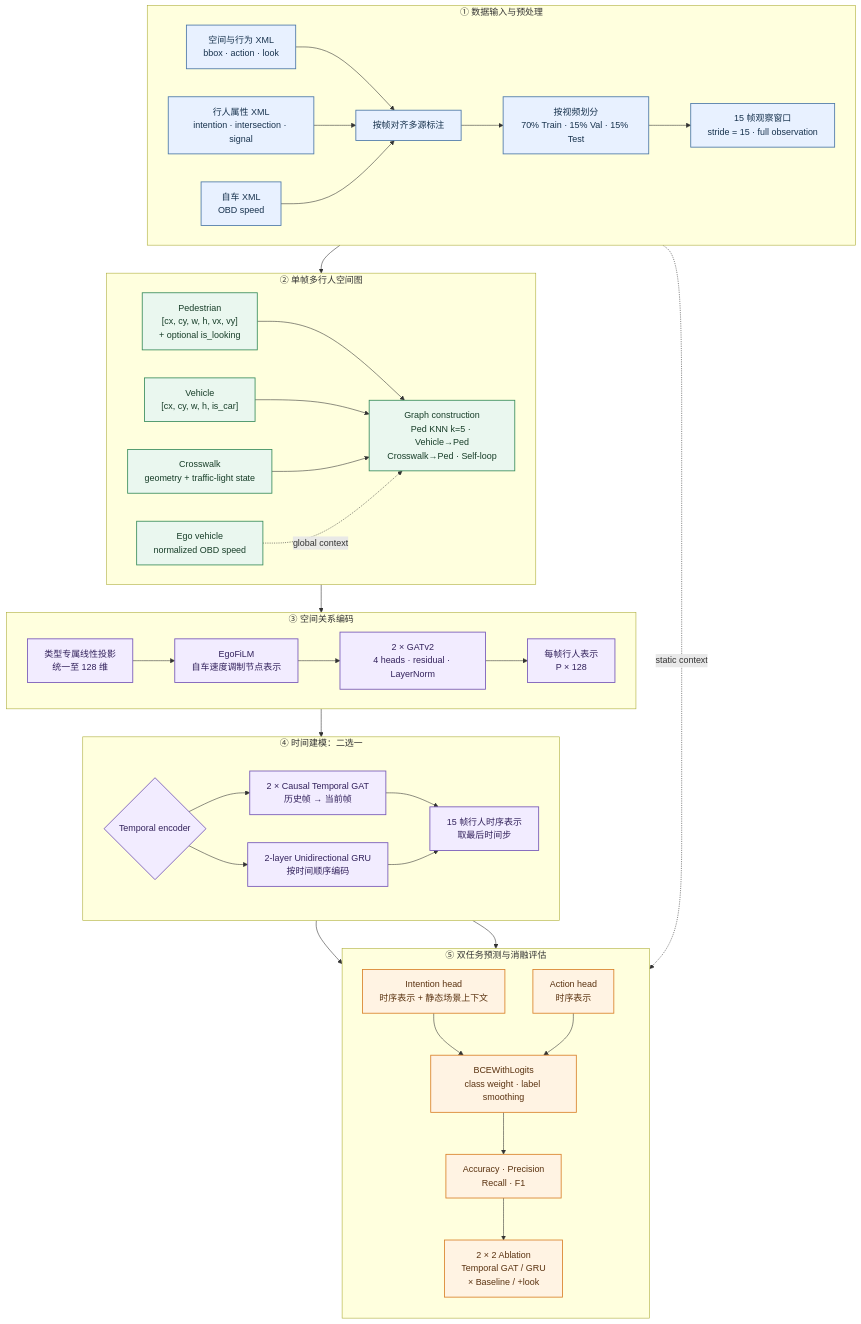
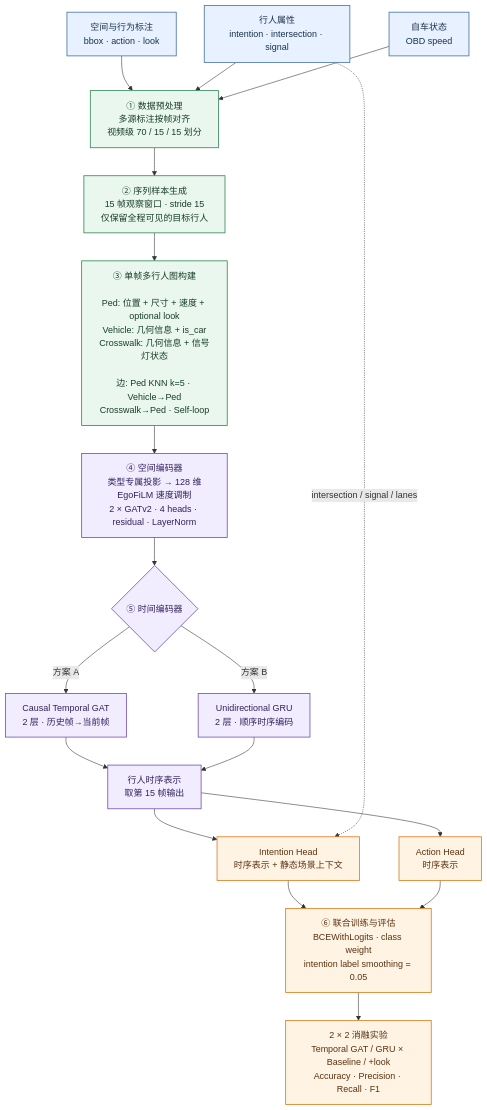
The diagram in README.md (Ryshcyn/pie-pedestrian-intention), drawn with Mermaid before and after one commit.

Commit message:
Rework diagram into readable vertical pipeline

````diff
--- a/README.md
+++ b/README.md
@@ -7,76 +7,39 @@
 ```mermaid
 flowchart TB
-    subgraph DATA["① 数据输入与预处理"]
-        direction LR
-        A1["空间与行为 XML<br/>bbox · action · look"]
-        A2["行人属性 XML<br/>intention · intersection · signal"]
-        A3["自车 XML<br/>OBD speed"]
-        B1["按帧对齐多源标注"]
-        B2["按视频划分<br/>70% Train · 15% Val · 15% Test"]
-        B3["15 帧观察窗口<br/>stride = 15 · full observation"]
-        A1 --> B1
-        A2 --> B1
-        A3 --> B1
-        B1 --> B2 --> B3
-    end
+    A1["空间与行为标注<br/>bbox · action · look"]
+    A2["行人属性<br/>intention · intersection · signal"]
+    A3["自车状态<br/>OBD speed"]
 
-    subgraph GRAPH["② 单帧多行人空间图"]
-        direction LR
-        P["Pedestrian<br/>[cx, cy, w, h, vx, vy]<br/>+ optional is_looking"]
-        V["Vehicle<br/>[cx, cy, w, h, is_car]"]
-        C["Crosswalk<br/>geometry + traffic-light state"]
-        E["Ego vehicle<br/>normalized OBD speed"]
-        G["Graph construction<br/>Ped KNN k=5 · Vehicle→Ped<br/>Crosswalk→Ped · Self-loop"]
-        P --> G
-        V --> G
-        C --> G
-        E -. global context .-> G
-    end
+    A1 --> B
+    A2 --> B
+    A3 --> B
+    B["① 数据预处理<br/>多源标注按帧对齐<br/>视频级 70 / 15 / 15 划分"]
+    B --> C["② 序列样本生成<br/>15 帧观察窗口 · stride 15<br/>仅保留全程可见的目标行人"]
 
-    subgraph SPATIAL["③ 空间关系编码"]
-        direction LR
-        S1["类型专属线性投影<br/>统一至 128 维"]
-        S2["EgoFiLM<br/>自车速度调制节点表示"]
-        S3["2 × GATv2<br/>4 heads · residual · LayerNorm"]
-        S4["每帧行人表示<br/>P × 128"]
-        S1 --> S2 --> S3 --> S4
-    end
+    C --> D["③ 单帧多行人图构建<br/><br/>Ped: 位置 + 尺寸 + 速度 + optional look<br/>Vehicle: 几何信息 + is_car<br/>Crosswalk: 几何信息 + 信号灯状态<br/><br/>边: Ped KNN k=5 · Vehicle→Ped<br/>Crosswalk→Ped · Self-loop"]
 
-    subgraph TEMPORAL["④ 时间建模：二选一"]
-        direction LR
-        T0{"Temporal encoder"}
-        T1["2 × Causal Temporal GAT<br/>历史帧 → 当前帧"]
-        T2["2-layer Unidirectional GRU<br/>按时间顺序编码"]
-        T3["15 帧行人时序表示<br/>取最后时间步"]
-        T0 --> T1 --> T3
-        T0 --> T2 --> T3
-    end
+    D --> E["④ 空间编码器<br/>类型专属投影 → 128 维<br/>EgoFiLM 速度调制<br/>2 × GATv2 · 4 heads · residual · LayerNorm"]
 
-    subgraph OUTPUT["⑤ 双任务预测与消融评估"]
-        direction TB
-        O1["Intention head<br/>时序表示 + 静态场景上下文"]
-        O2["Action head<br/>时序表示"]
-        O3["BCEWithLogits<br/>class weight · label smoothing"]
-        O4["Accuracy · Precision<br/>Recall · F1"]
-        O5["2 × 2 Ablation<br/>Temporal GAT / GRU<br/>× Baseline / +look"]
-        O1 --> O3
-        O2 --> O3
-        O3 --> O4 --> O5
-    end
+    E --> F{"⑤ 时间编码器"}
+    F -->|方案 A| F1["Causal Temporal GAT<br/>2 层 · 历史帧→当前帧"]
+    F -->|方案 B| F2["Unidirectional GRU<br/>2 层 · 顺序时序编码"]
+    F1 --> G["行人时序表示<br/>取第 15 帧输出"]
+    F2 --> G
 
-    B3 --> G
-    G --> S1
-    S4 --> T0
-    T3 --> O1
-    T3 --> O2
-    A2 -. static context .-> O1
+    G --> H1["Intention Head<br/>时序表示 + 静态场景上下文"]
+    G --> H2["Action Head<br/>时序表示"]
+    A2 -. intersection / signal / lanes .-> H1
 
-    classDef dataNode fill:#E8F1FF,stroke:#4C78A8,color:#17324D,stroke-width:1.5px;
-    classDef graphNode fill:#EAF7EF,stroke:#3A8D5D,color:#173D28,stroke-width:1.5px;
+    H1 --> I["⑥ 联合训练与评估<br/>BCEWithLogits · class weight<br/>intention label smoothing = 0.05"]
+    H2 --> I
+    I --> J["2 × 2 消融实验<br/>Temporal GAT / GRU × Baseline / +look<br/>Accuracy · Precision · Recall · F1"]
+
+    classDef inputNode fill:#E8F1FF,stroke:#4C78A8,color:#17324D,stroke-width:1.5px;
+    classDef processNode fill:#EAF7EF,stroke:#3A8D5D,color:#173D28,stroke-width:1.5px;
     classDef modelNode fill:#F2ECFF,stroke:#7557B7,color:#32215B,stroke-width:1.5px;
     classDef outputNode fill:#FFF3E3,stroke:#D9822B,color:#5A3210,stroke-width:1.5px;
-    class A1,A2,A3,B1,B2,B3 dataNode;
-    class P,V,C,E,G graphNode;
-    class S1,S2,S3,S4,T0,T1,T2,T3 modelNode;
-    class O1,O2,O3,O4,O5 outputNode;
+    class A1,A2,A3 inputNode;
+    class B,C,D processNode;
+    class E,F,F1,F2,G modelNode;
+    class H1,H2,I,J outputNode;
 ```
````
